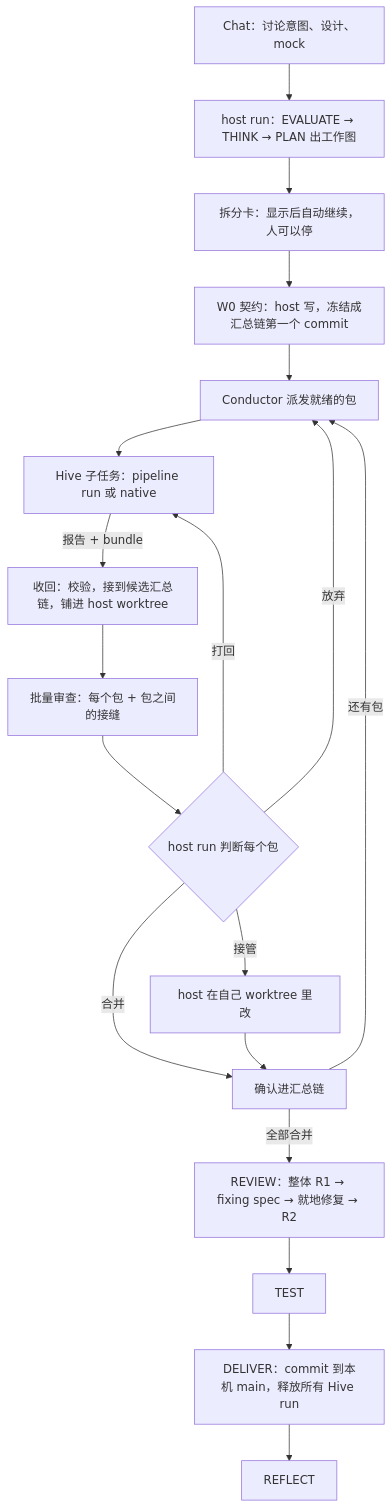
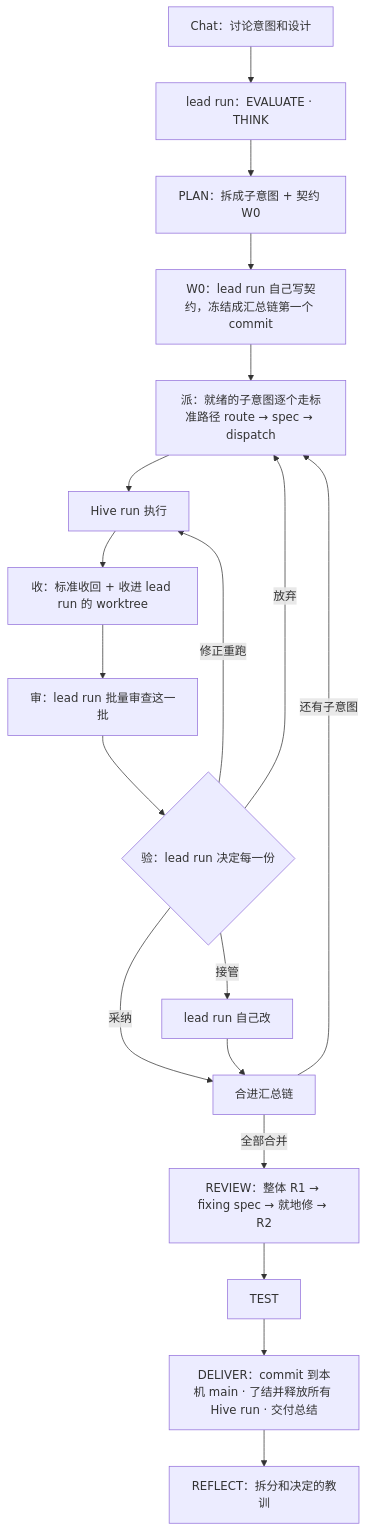
One commit to xg-gh-25/SwarmAI changed the first of 2 diagrams in docs/design/2026-10-31-swarm-run.md. Above: the diagram before and after it, drawn with Mermaid. The commit also changed other lines of this file, not shown here.

First line of the commit message:
docs(design): Swarm Run r6 — the host run is the lead and dispatches through the standard path

````diff
--- a/docs/design/2026-10-31-swarm-run.md
+++ b/docs/design/2026-10-31-swarm-run.md
@@ -101,21 +86,21 @@
 ```mermaid
 flowchart TD
-  I[Chat：讨论意图、设计、mock] --> P[host run：EVALUATE → THINK → PLAN 出工作图]
-  P --> S[拆分卡：显示后自动继续，人可以停]
-  S --> W0[W0 契约：host 写，冻结成汇总链第一个 commit]
-  W0 --> D[Conductor 派发就绪的包]
-  D --> X[Hive 子任务：pipeline run 或 native]
-  X -->|报告 + bundle| C[收回：校验，接到候选汇总链，铺进 host worktree]
-  C --> R[批量审查：每个包 + 包之间的接缝]
-  R --> J{host run 判断每个包}
-  J -->|合并| M[确认进汇总链]
-  J -->|打回| X
-  J -->|接管| T[host 在自己 worktree 里改]
-  J -->|放弃| D
-  T --> M
-  M -->|还有包| D
-  M -->|全部合并| RV[REVIEW：整体 R1 → fixing spec → 就地修复 → R2]
+  CH[Chat：讨论意图和设计] --> EV[lead run：EVALUATE · THINK]
+  EV --> PL[PLAN：拆成子意图 + 契约 W0]
+  PL --> W0[W0：lead run 自己写契约，冻结成汇总链第一个 commit]
+  W0 --> DP[派：就绪的子意图逐个走标准路径 route → spec → dispatch]
+  DP --> HV[Hive run 执行]
+  HV --> RC[收：标准收回 + 收进 lead run 的 worktree]
+  RC --> RVW[审：lead run 批量审查这一批]
+  RVW --> DC{验：lead run 决定每一份}
+  DC -->|采纳| MG[合进汇总链]
+  DC -->|修正重跑| HV
+  DC -->|接管| TK[lead run 自己改]
+  DC -->|放弃| DP
+  TK --> MG
+  MG -->|还有子意图| DP
+  MG -->|全部合并| RV[REVIEW：整体 R1 → fixing spec → 就地修 → R2]
   RV --> TS[TEST]
-  TS --> DL[DELIVER：commit 到本机 main，释放所有 Hive run]
-  DL --> RF[REFLECT]
+  TS --> DL[DELIVER：commit 到本机 main · 了结并释放所有 Hive run · 交付总结]
+  DL --> RF[REFLECT：拆分和决定的教训]
 ```
````
